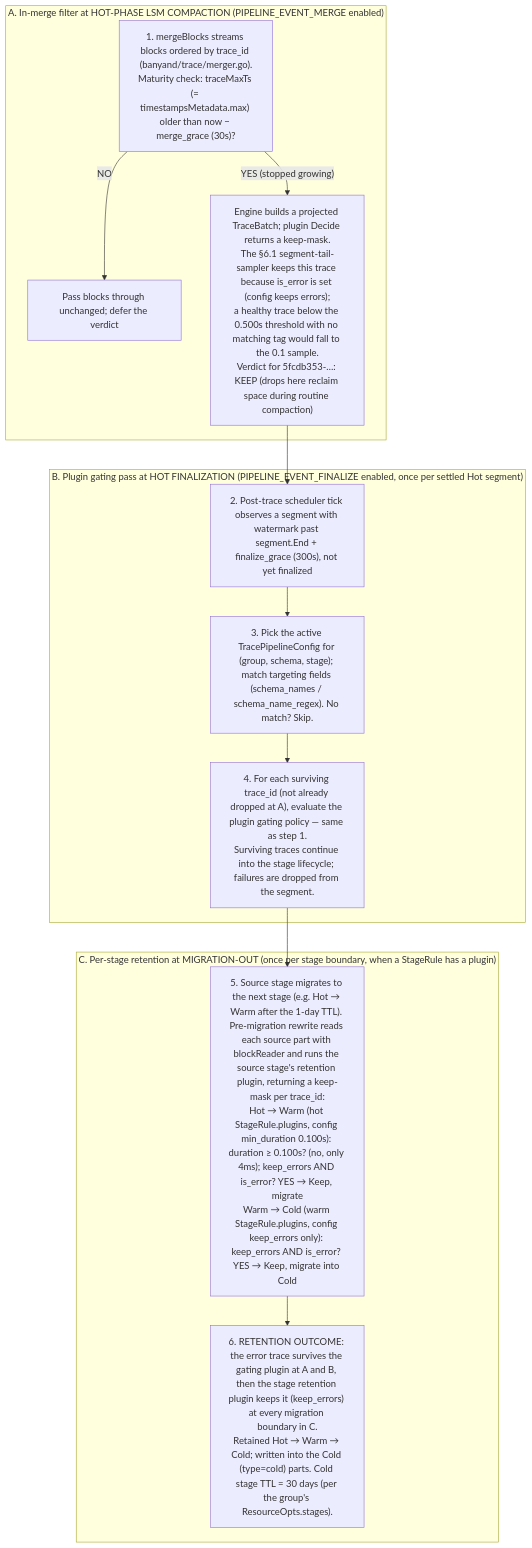
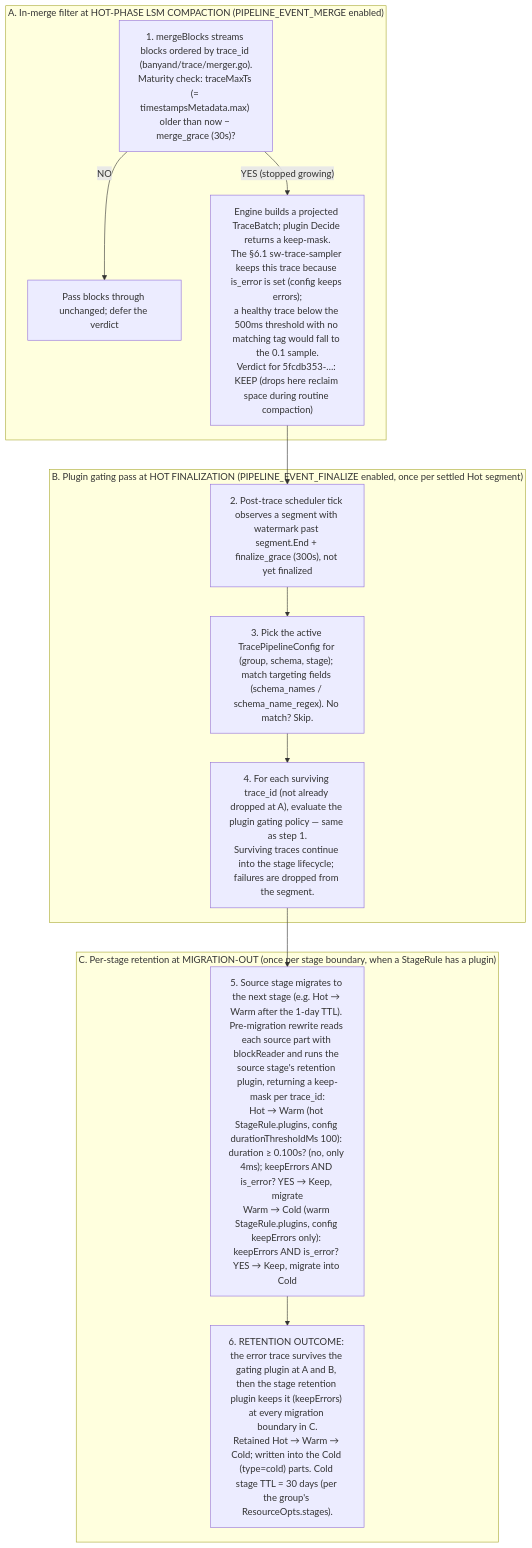
The sixth of 6 diagrams in docs/design/post-trace-pipeline.md (apache/skywalking-banyandb), drawn with Mermaid before and after one commit. The commit also changed other lines of this file and 8 other files, not shown here.

````diff
--- a/docs/design/post-trace-pipeline.md
+++ b/docs/design/post-trace-pipeline.md
@@ -640,19 +639,19 @@
 ```mermaid
 flowchart TD
     subgraph A["A. In-merge filter at HOT-PHASE LSM COMPACTION (PIPELINE_EVENT_MERGE enabled)"]
         A1["1. mergeBlocks streams blocks ordered by trace_id (banyand/trace/merger.go).<br/>Maturity check: traceMaxTs (= timestampsMetadata.max) older than now − merge_grace (30s)?"]
         A1 -->|"NO"| A2["Pass blocks through unchanged; defer the verdict"]
-        A1 -->|"YES (stopped growing)"| A3["Engine builds a projected TraceBatch; plugin Decide returns a keep-mask.<br/>The §6.1 segment-tail-sampler keeps this trace because is_error is set (config keeps errors);<br/>a healthy trace below the 0.500s threshold with no matching tag would fall to the 0.1 sample.<br/>Verdict for 5fcdb353-…: KEEP (drops here reclaim space during routine compaction)"]
+        A1 -->|"YES (stopped growing)"| A3["Engine builds a projected TraceBatch; plugin Decide returns a keep-mask.<br/>The §6.1 sw-trace-sampler keeps this trace because is_error is set (config keeps errors);<br/>a healthy trace below the 500ms threshold with no matching tag would fall to the 0.1 sample.<br/>Verdict for 5fcdb353-…: KEEP (drops here reclaim space during routine compaction)"]
     end
     subgraph B["B. Plugin gating pass at HOT FINALIZATION (PIPELINE_EVENT_FINALIZE enabled, once per settled Hot segment)"]
         B2["2. Post-trace scheduler tick observes a segment with watermark past segment.End + finalize_grace (300s), not yet finalized"]
         B2 --> B3["3. Pick the active TracePipelineConfig for (group, schema, stage); match targeting fields (schema_names / schema_name_regex). No match? Skip."]
         B3 --> B4["4. For each surviving trace_id (not already dropped at A), evaluate the plugin gating policy — same as step 1.<br/>Surviving traces continue into the stage lifecycle; failures are dropped from the segment."]
     end
     subgraph C["C. Per-stage retention at MIGRATION-OUT (once per stage boundary, when a StageRule has a plugin)"]
-        C5["5. Source stage migrates to the next stage (e.g. Hot → Warm after the 1-day TTL). Pre-migration rewrite reads each source part with blockReader and runs the source stage's retention plugin, returning a keep-mask per trace_id:<br/>Hot → Warm (hot StageRule.plugins, config min_duration 0.100s): duration ≥ 0.100s? (no, only 4ms); keep_errors AND is_error? YES → Keep, migrate<br/>Warm → Cold (warm StageRule.plugins, config keep_errors only): keep_errors AND is_error? YES → Keep, migrate into Cold"]
-        C5 --> C6["6. RETENTION OUTCOME: the error trace survives the gating plugin at A and B, then the stage retention plugin keeps it (keep_errors) at every migration boundary in C.<br/>Retained Hot → Warm → Cold; written into the Cold (type=cold) parts. Cold stage TTL = 30 days (per the group's ResourceOpts.stages)."]
+        C5["5. Source stage migrates to the next stage (e.g. Hot → Warm after the 1-day TTL). Pre-migration rewrite reads each source part with blockReader and runs the source stage's retention plugin, returning a keep-mask per trace_id:<br/>Hot → Warm (hot StageRule.plugins, config durationThresholdMs 100): duration ≥ 0.100s? (no, only 4ms); keepErrors AND is_error? YES → Keep, migrate<br/>Warm → Cold (warm StageRule.plugins, config keepErrors only): keepErrors AND is_error? YES → Keep, migrate into Cold"]
+        C5 --> C6["6. RETENTION OUTCOME: the error trace survives the gating plugin at A and B, then the stage retention plugin keeps it (keepErrors) at every migration boundary in C.<br/>Retained Hot → Warm → Cold; written into the Cold (type=cold) parts. Cold stage TTL = 30 days (per the group's ResourceOpts.stages)."]
     end
     A3 --> B2
     B4 --> C5
 ```
````
